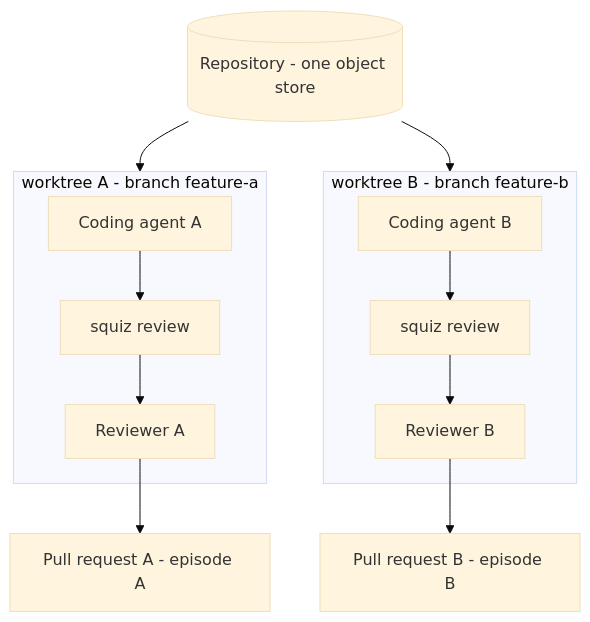
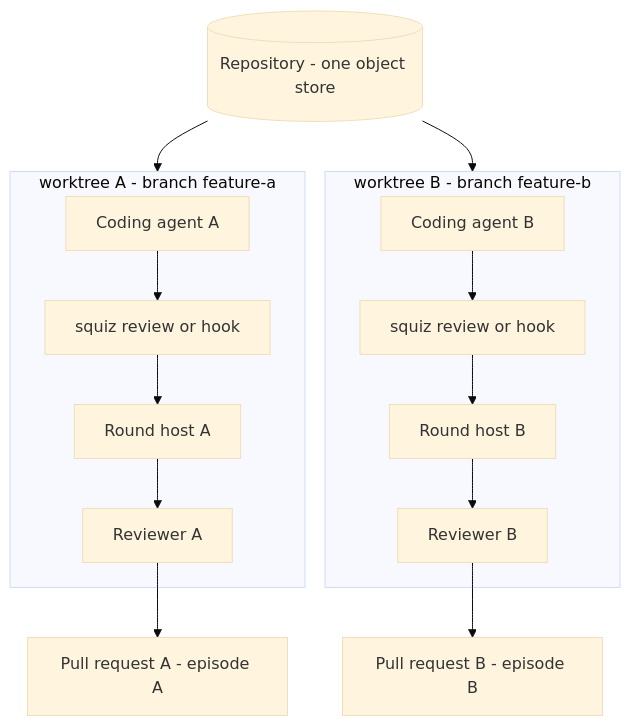
Before and after one commit to jacygao/squiz: the second of 2 diagrams in docs/specs/review-harness-spec.md, drawn with Mermaid (base theme). The commit also changed other lines of this file and 2 other files, not shown here.

Commit message:
Fold reviewer sessions, the round host and the report into the harness spec, and drop muster

````diff
--- a/docs/specs/review-harness-spec.md
+++ b/docs/specs/review-harness-spec.md
@@ -420,17 +544,17 @@
 ```mermaid
 flowchart TD
     R[(Repository - one object store)]
 
     subgraph WA [worktree A - branch feature-a]
-        AS[Coding agent A] --> AH[squiz review] --> AR[Reviewer A]
+        AS[Coding agent A] --> AH[squiz review or hook] --> AX[Round host A] --> AR[Reviewer A]
     end
 
     subgraph WB [worktree B - branch feature-b]
-        BS[Coding agent B] --> BH[squiz review] --> BR[Reviewer B]
+        BS[Coding agent B] --> BH[squiz review or hook] --> BX[Round host B] --> BR[Reviewer B]
     end
 
     R --> WA
     R --> WB
     AR --> PA[Pull request A - episode A]
     BR --> PB[Pull request B - episode B]
 ```
````
